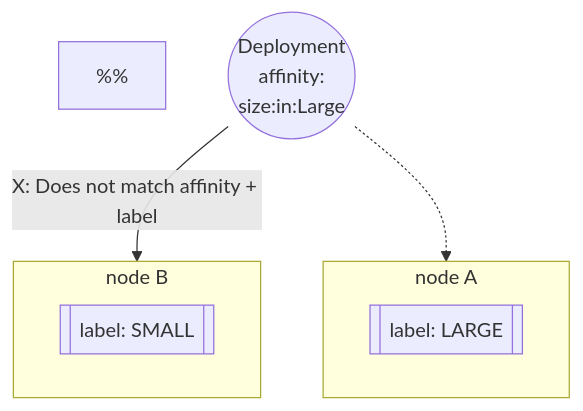
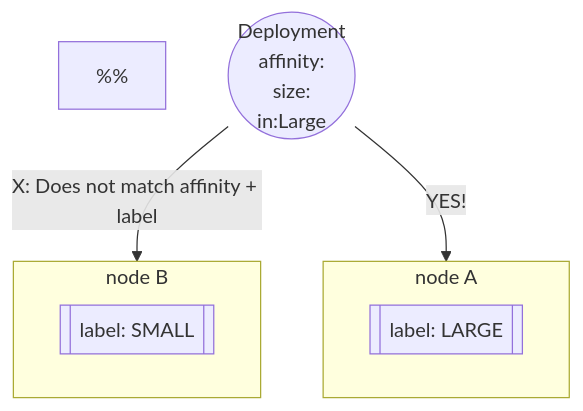
One commit to imagineLife/big-site changed the diagram in content/k8s/in-depth/node-affinity.md. Above: the diagram before and after it, drawn with Mermaid.

Commit message:
adjustment

````diff
--- a/content/k8s/in-depth/node-affinity.md
+++ b/content/k8s/in-depth/node-affinity.md
@@ -164,25 +164,26 @@
 ```mermaid
   flowchart 
     direction TB
 
   %%
   %% Objects
   %%
   DP(("Deployment
-    affinity: 
-    size:in:Large
+    affinity:
+    size:
+    in:Large
   "))
   LBLG[["label: LARGE"]]
   LBSM[["label: SMALL"]]
 
   subgraph NDA["node A"]
     LBLG
   end
 
   subgraph NDB["node B"]
     LBSM
   end
 
   DP --"X: Does not match affinity + label"--> NDB
-  DP -.-> NDA
+  DP --"YES!"--> NDA
 ```
````
